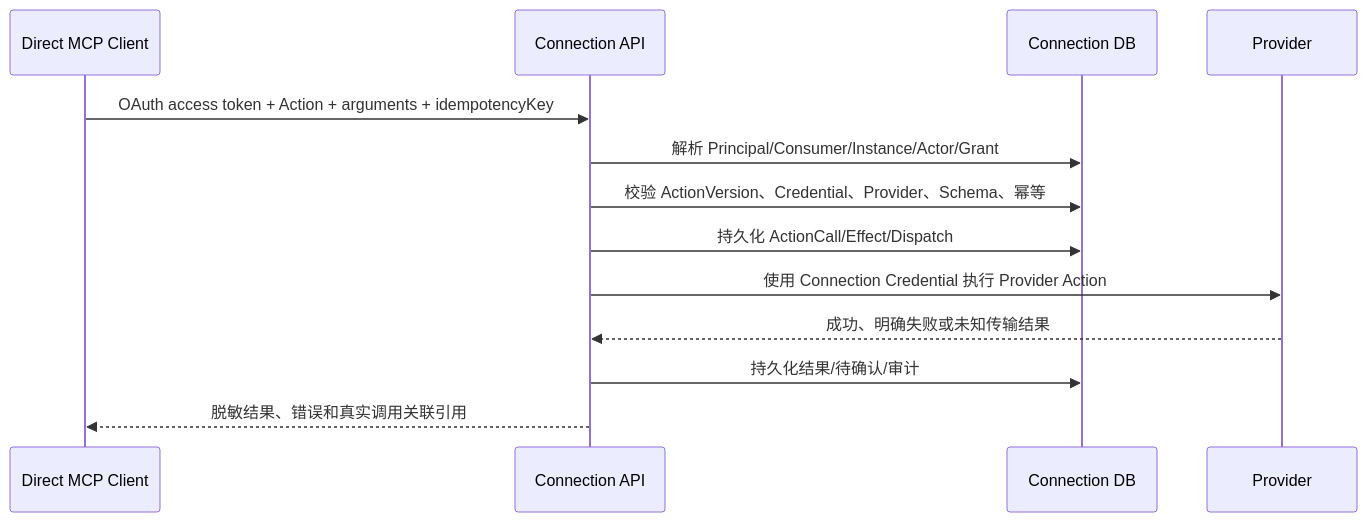
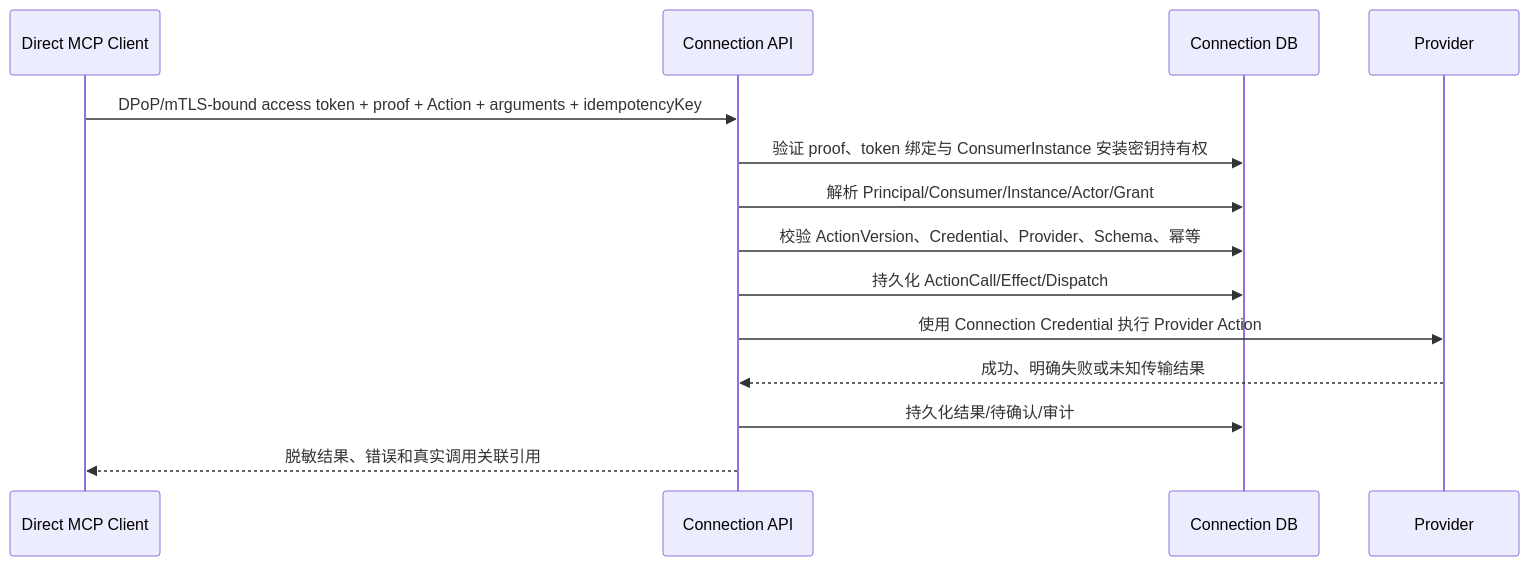
Before and after one commit to AgoraIO-Extensions/agent-infra: the second of 2 diagrams in docs/architecture/HLD-connection-M1.md, drawn with Mermaid. The commit also changed 1 other file, not shown here.

Commit message:
docs(connection): verify sender proof in pilot flow

````diff
--- a/docs/architecture/HLD-connection-M1.md
+++ b/docs/architecture/HLD-connection-M1.md
@@ -85,16 +85,17 @@
 ```mermaid
 sequenceDiagram
     participant C as Direct MCP Client
     participant A as Connection API
     participant D as Connection DB
     participant P as Provider
 
-    C->>A: OAuth access token + Action + arguments + idempotencyKey
+    C->>A: DPoP/mTLS-bound access token + proof + Action + arguments + idempotencyKey
+    A->>D: 验证 proof、token 绑定与 ConsumerInstance 安装密钥持有权
     A->>D: 解析 Principal/Consumer/Instance/Actor/Grant
     A->>D: 校验 ActionVersion、Credential、Provider、Schema、幂等
     A->>D: 持久化 ActionCall/Effect/Dispatch
     A->>P: 使用 Connection Credential 执行 Provider Action
     P-->>A: 成功、明确失败或未知传输结果
     A->>D: 持久化结果/待确认/审计
     A-->>C: 脱敏结果、错误和真实调用关联引用
 ```
````
